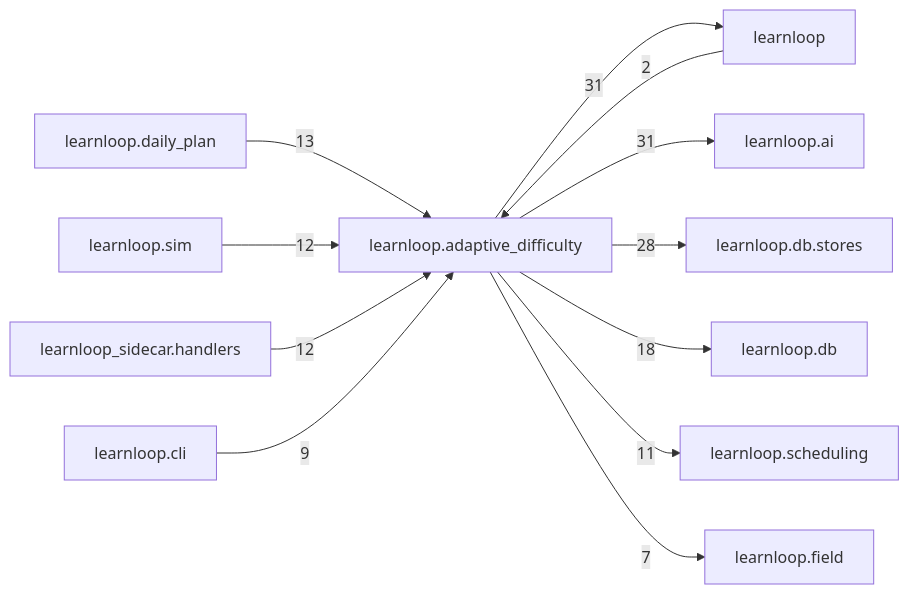
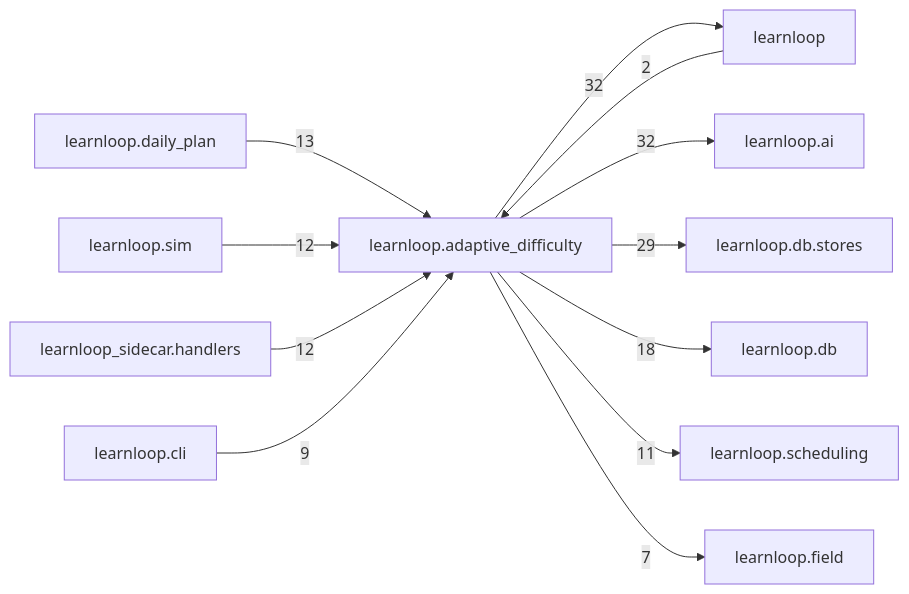
One commit to 6up-b/learnanything changed the diagram in docs/learnloop-architecture-vault/Reference/Modules/learnloop/adaptive_difficulty/_package.md. Above: the diagram before and after it, drawn with Mermaid. The commit also changed other lines of this file and 45 other files, not shown here.

````diff
--- a/docs/learnloop-architecture-vault/Reference/Modules/learnloop/adaptive_difficulty/_package.md
+++ b/docs/learnloop-architecture-vault/Reference/Modules/learnloop/adaptive_difficulty/_package.md
@@ -180,25 +180,25 @@
 ```mermaid
 flowchart LR
     center["learnloop.adaptive_difficulty"]
     n_learnloop["learnloop"]
     n_learnloop_ai["learnloop.ai"]
     n_learnloop_db_stores["learnloop.db.stores"]
     n_learnloop_db["learnloop.db"]
     n_learnloop_daily_plan["learnloop.daily_plan"]
     n_learnloop_sim["learnloop.sim"]
     n_learnloop_sidecar_handlers["learnloop_sidecar.handlers"]
     n_learnloop_scheduling["learnloop.scheduling"]
     n_learnloop_cli["learnloop.cli"]
     n_learnloop_field["learnloop.field"]
     n_learnloop -->|2| center
-    center -->|31| n_learnloop
-    center -->|31| n_learnloop_ai
-    center -->|28| n_learnloop_db_stores
+    center -->|32| n_learnloop
+    center -->|32| n_learnloop_ai
+    center -->|29| n_learnloop_db_stores
     center -->|18| n_learnloop_db
     n_learnloop_daily_plan -->|13| center
     n_learnloop_sim -->|12| center
     n_learnloop_sidecar_handlers -->|12| center
     center -->|11| n_learnloop_scheduling
     n_learnloop_cli -->|9| center
     center -->|7| n_learnloop_field
 ```
````
